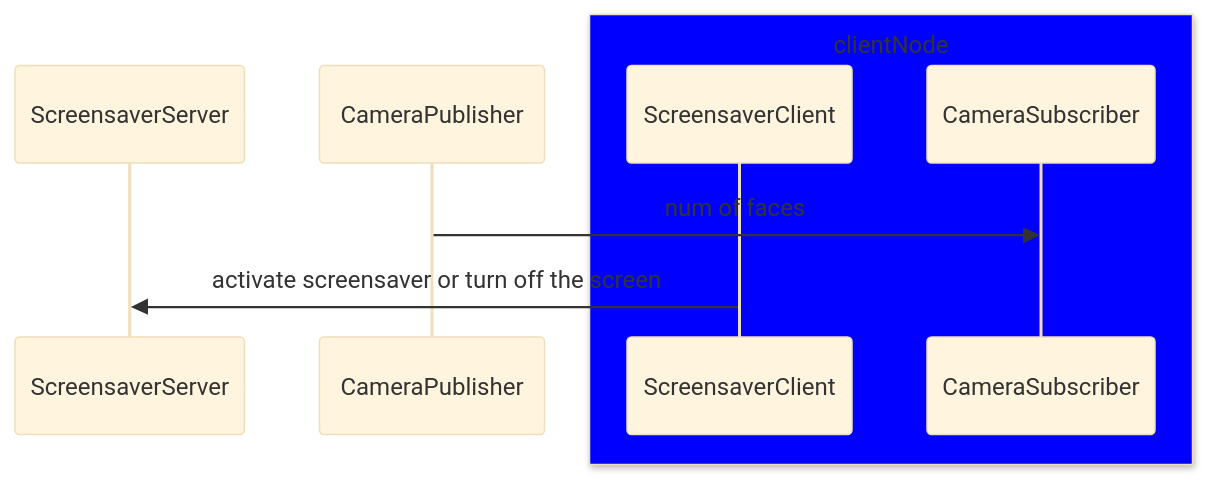
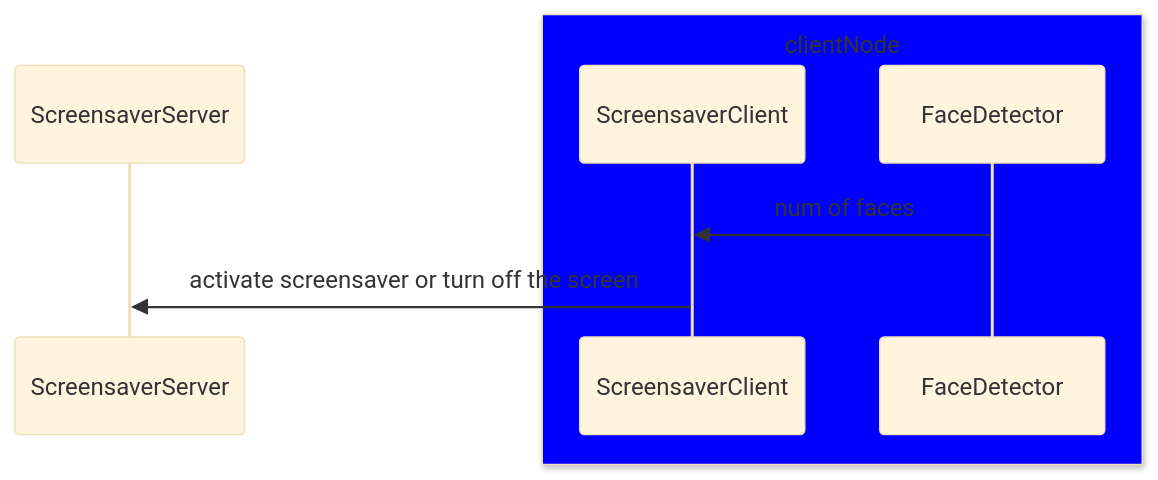
Before and after one commit to ymkim92/lifemon: the diagram in issues.md, drawn with Mermaid (base theme). The commit also changed other lines of this file and 3 other files, not shown here.

````diff
--- a/issues.md
+++ b/issues.md
@@ -33,11 +33,10 @@
 ```mermaid
 sequenceDiagram
     participant server as ScreensaverServer
-    participant pub as CameraPublisher
     box blue clientNode
       participant client as ScreensaverClient
-      participant sub as CameraSubscriber
+      participant face as FaceDetector
     end
-    pub->>sub: num of faces
+    face->>client: num of faces
     client->>server: activate screensaver or turn off the screen
 ```
````
